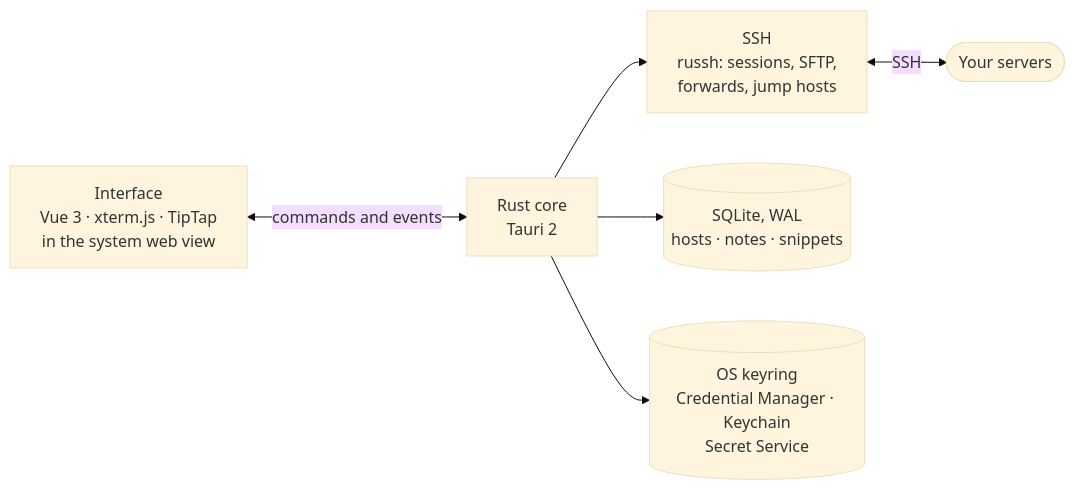
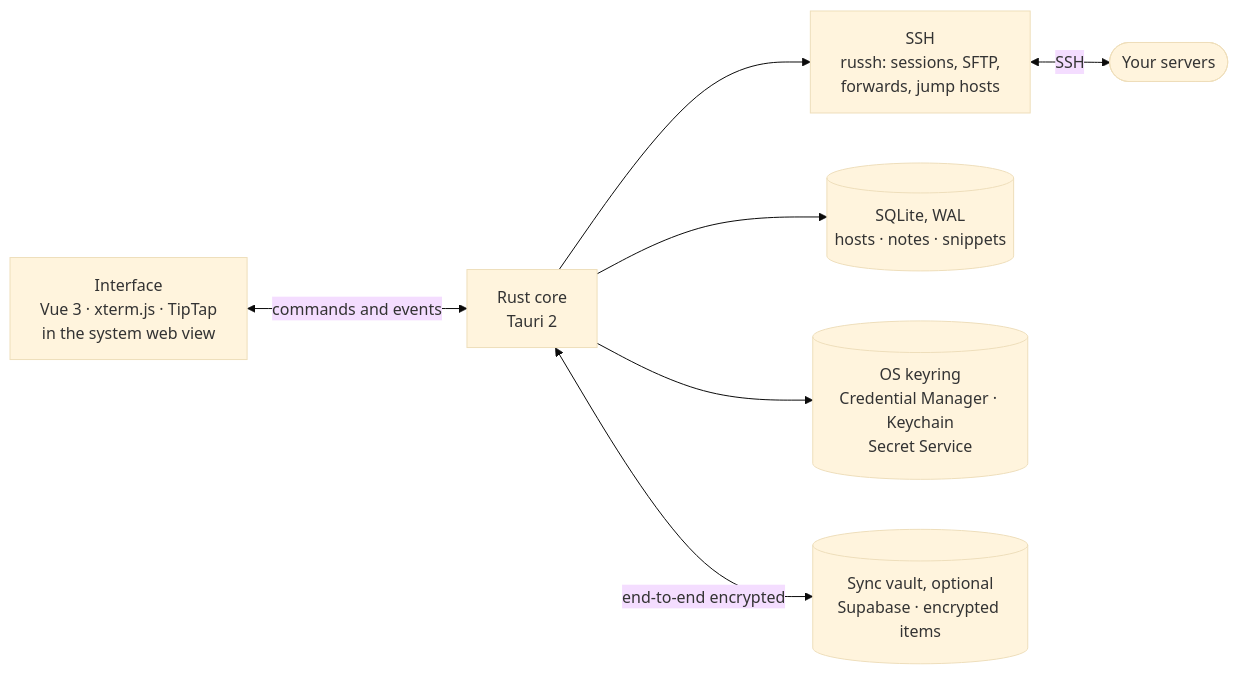
The diagram in README.md (adittanu/liteterm), drawn with Mermaid (base theme) before and after one commit. The commit also changed other lines of this file and 4 other files, not shown here.

First line of the commit message:
docs(site): say that sync is optional and end-to-end encrypted

````diff
--- a/README.md
+++ b/README.md
@@ -127,15 +128,17 @@
 ```mermaid
 flowchart LR
     UI["Interface<br/>Vue 3 · xterm.js · TipTap<br/>in the system web view"]
     Core["Rust core<br/>Tauri 2"]
     SSH["SSH<br/>russh: sessions, SFTP,<br/>forwards, jump hosts"]
     DB[("SQLite, WAL<br/>hosts · notes · snippets")]
     Keys[("OS keyring<br/>Credential Manager · Keychain<br/>Secret Service")]
     Servers(["Your servers"])
+    Vault[("Sync vault, optional<br/>Supabase · encrypted items")]
 
     UI <-->|commands and events| Core
     Core --> SSH
     Core --> DB
     Core --> Keys
     SSH <-->|SSH| Servers
+    Core <-->|end-to-end encrypted| Vault
 ```
````
